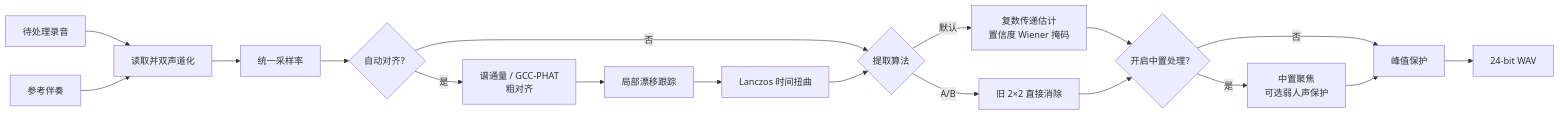
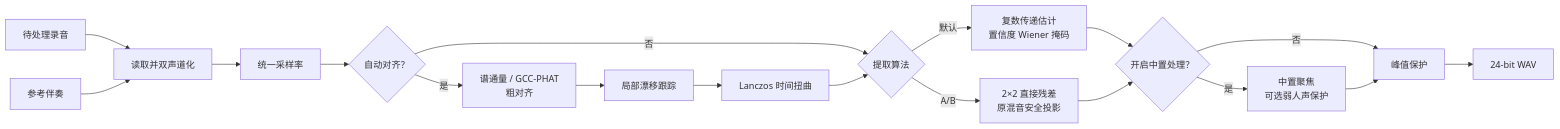
The diagram in docs/reference-removal.md (ChouChiu/Audio-Station), drawn with Mermaid before and after one commit. The commit also changed other lines of this file and 10 other files, not shown here.

````diff
--- a/docs/reference-removal.md
+++ b/docs/reference-removal.md
@@ -28,20 +28,20 @@
 ```mermaid
 flowchart LR
     mix["待处理录音"] --> read["读取并双声道化"]
     ref["参考伴奏"] --> read
     read --> rate["统一采样率"]
     rate --> enabled{"自动对齐？"}
     enabled -->|是| coarse["谱通量 / GCC-PHAT<br/>粗对齐"]
     coarse --> drift["局部漂移跟踪"]
     drift --> warp["Lanczos 时间扭曲"]
     enabled -->|否| choose{"提取算法"}
     warp --> choose
     choose -->|默认| mask["复数传递估计<br/>置信度 Wiener 掩码"]
-    choose -->|A/B| direct["旧 2×2 直接消除"]
+    choose -->|A/B| direct["2×2 直接残差<br/>原混音安全投影"]
     mask --> center{"开启中置处理？"}
     direct --> center
     center -->|是| focus["中置聚焦<br/>可选弱人声保护"]
     center -->|否| protect["峰值保护"]
     focus --> protect
     protect --> output["24-bit WAV"]
 ```
````
